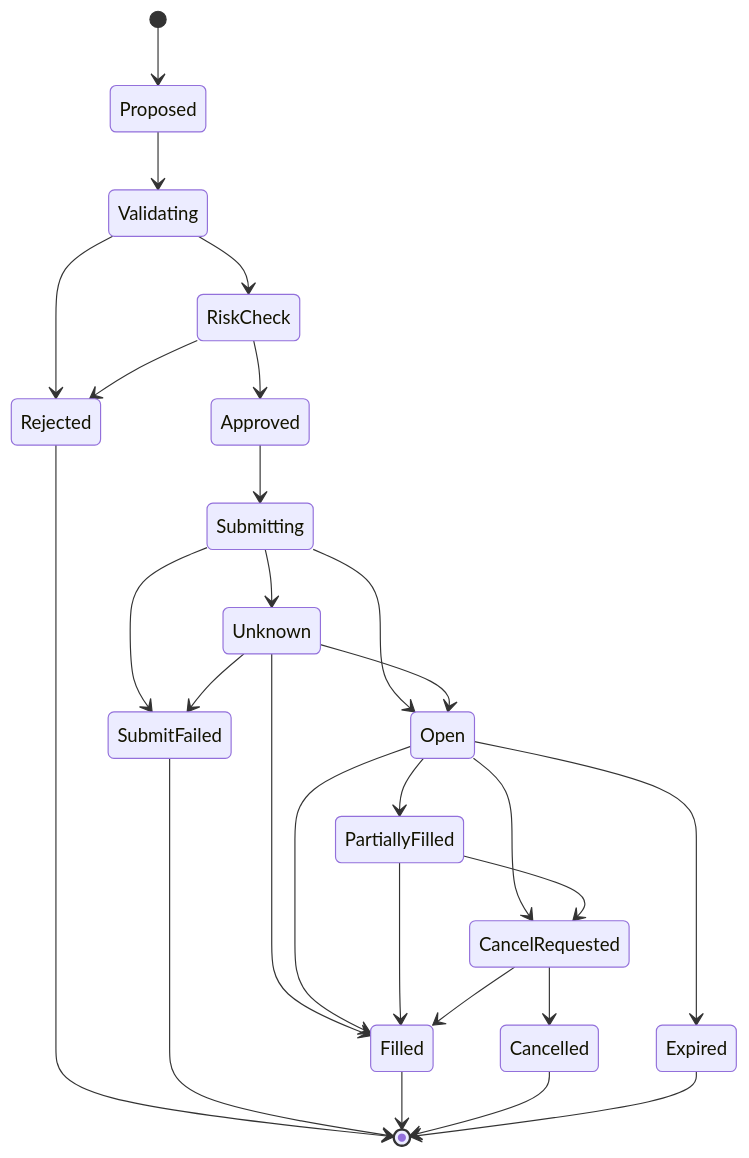
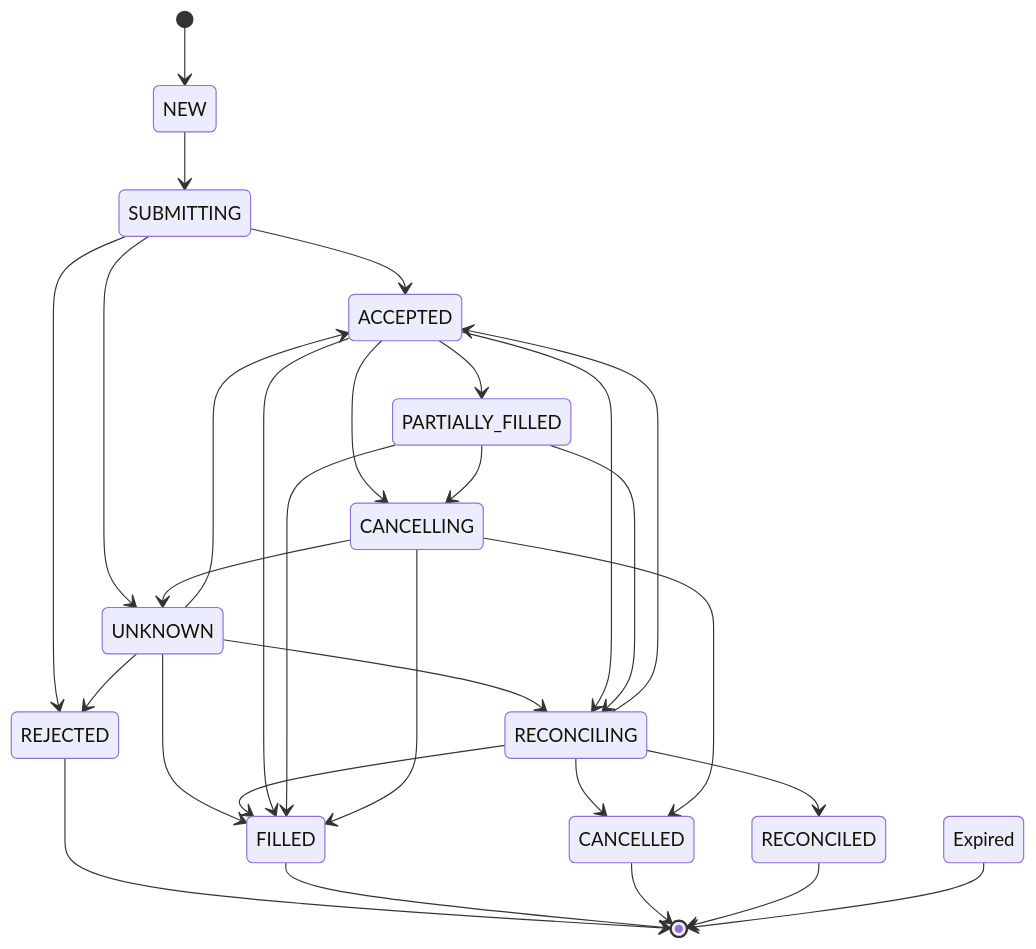
One commit to D1ZZY4/indodax-mcp changed the second of 2 diagrams in docs/architecture/execution.md. Above: the diagram before and after it, drawn with Mermaid. The commit also changed other lines of this file and 11 other files, not shown here.

First line of the commit message:
docs: refresh guides, diagrams, and references

````diff
--- a/docs/architecture/execution.md
+++ b/docs/architecture/execution.md
@@ -19,29 +20,31 @@
 ```mermaid
 stateDiagram-v2
-    [*] --> Proposed
-    Proposed --> Validating
-    Validating --> RiskCheck
-    Validating --> Rejected
-    RiskCheck --> Approved
-    RiskCheck --> Rejected
-    Approved --> Submitting
-    Submitting --> Open
-    Submitting --> SubmitFailed
-    Submitting --> Unknown
-    Unknown --> Open
-    Unknown --> Filled
-    Unknown --> SubmitFailed
-    Open --> PartiallyFilled
-    Open --> Filled
-    Open --> CancelRequested
-    Open --> Expired
-    PartiallyFilled --> Filled
-    PartiallyFilled --> CancelRequested
-    CancelRequested --> Cancelled
-    CancelRequested --> Filled
-    Rejected --> [*]
-    SubmitFailed --> [*]
-    Filled --> [*]
-    Cancelled --> [*]
+    [*] --> NEW
+    NEW --> SUBMITTING
+    SUBMITTING --> ACCEPTED
+    SUBMITTING --> REJECTED
+    SUBMITTING --> UNKNOWN
+    UNKNOWN --> ACCEPTED
+    UNKNOWN --> FILLED
+    UNKNOWN --> REJECTED
+    UNKNOWN --> RECONCILING
+    RECONCILING --> RECONCILED
+    RECONCILING --> ACCEPTED
+    RECONCILING --> FILLED
+    RECONCILING --> CANCELLED
+    ACCEPTED --> PARTIALLY_FILLED
+    ACCEPTED --> FILLED
+    ACCEPTED --> CANCELLING
+    ACCEPTED --> RECONCILING
+    PARTIALLY_FILLED --> FILLED
+    PARTIALLY_FILLED --> CANCELLING
+    PARTIALLY_FILLED --> RECONCILING
+    CANCELLING --> CANCELLED
+    CANCELLING --> FILLED
+    CANCELLING --> UNKNOWN
+    REJECTED --> [*]
+    FILLED --> [*]
+    CANCELLED --> [*]
+    RECONCILED --> [*]
     Expired --> [*]
 ```
````
